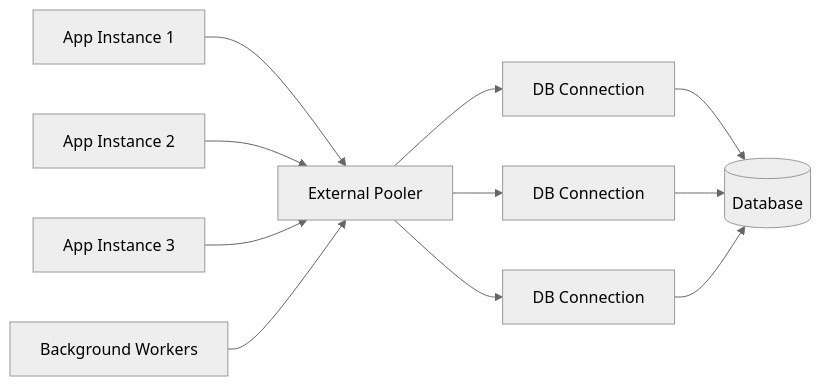
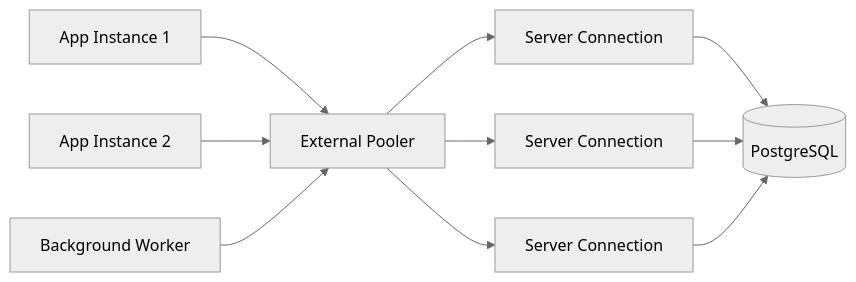
One commit to AvadhBhalodiya/Interview-Preparation changed the fourth of 4 diagrams in src/content/databases/connection-pooling.md. Above: the diagram before and after it, drawn with Mermaid (neutral theme). The commit also changed other lines of this file and 80 other files, not shown here.

````diff
--- a/src/content/databases/connection-pooling.md
+++ b/src/content/databases/connection-pooling.md
@@ -406,15 +252,14 @@
 ```mermaid
 flowchart LR
     A1[App Instance 1] --> P[External Pooler]
     A2[App Instance 2] --> P
-    A3[App Instance 3] --> P
-    A4[Background Workers] --> P
+    A3[Background Worker] --> P
 
-    P --> C1[DB Connection]
-    P --> C2[DB Connection]
-    P --> C3[DB Connection]
+    P --> DB1[Server Connection]
+    P --> DB2[Server Connection]
+    P --> DB3[Server Connection]
 
-    C1 --> DB[(Database)]
-    C2 --> DB
-    C3 --> DB
+    DB1 --> PG[(PostgreSQL)]
+    DB2 --> PG
+    DB3 --> PG
 ```
````
